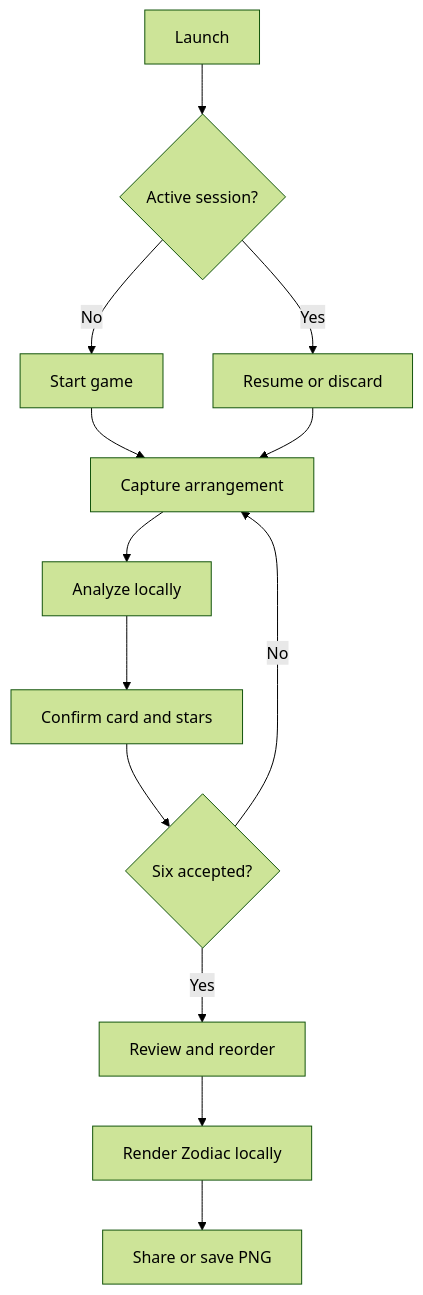
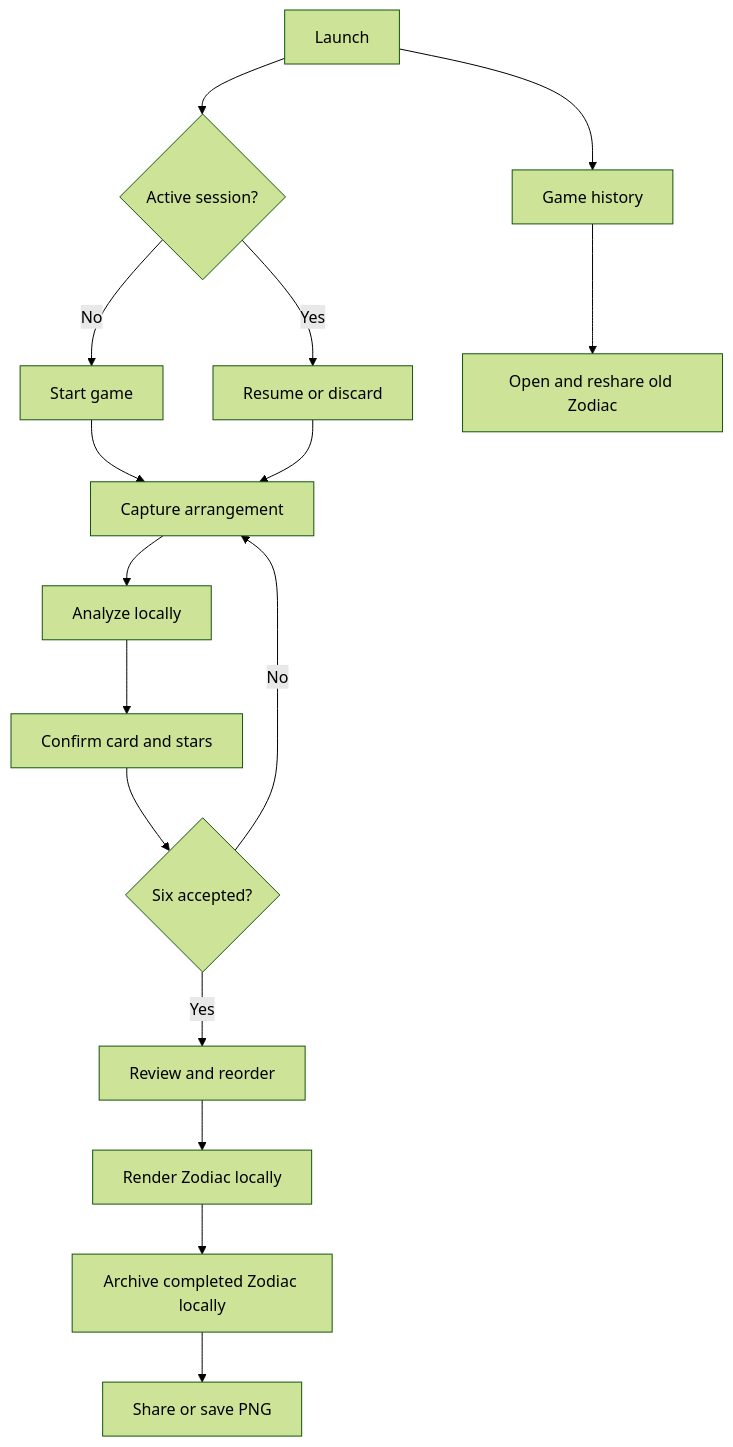
The diagram in MVP_DESIGN.md (anicolao/zodiac), drawn with Mermaid (forest theme) before and after one commit. The commit also changed other lines of this file and 18 other files, not shown here.

Commit message:
feat: preserve completed Zodiac history

````diff
--- a/MVP_DESIGN.md
+++ b/MVP_DESIGN.md
@@ -49,15 +50,18 @@
 ```mermaid
 flowchart TD
     A[Launch] --> B{Active session?}
+    A --> L[Game history]
     B -- No --> C[Start game]
     B -- Yes --> D[Resume or discard]
     C --> E[Capture arrangement]
     D --> E
     E --> F[Analyze locally]
     F --> G[Confirm card and stars]
     G --> H{Six accepted?}
     H -- No --> E
     H -- Yes --> I[Review and reorder]
     I --> J[Render Zodiac locally]
-    J --> K[Share or save PNG]
+    J --> K[Archive completed Zodiac locally]
+    K --> M[Share or save PNG]
+    L --> N[Open and reshare old Zodiac]
 ```
````
